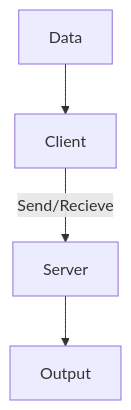
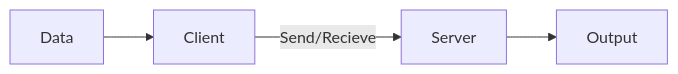
The diagram in README.md (vamsi-sai-kommuri/hackathon_project), drawn with Mermaid before and after one commit.

````diff
--- a/README.md
+++ b/README.md
@@ -9,6 +9,6 @@
 ```mermaid
-graph TD;
+graph LR;
     Data --> Client;
     Client --> |Send/Recieve|Server;
     Server --> Output;
 ```
````
